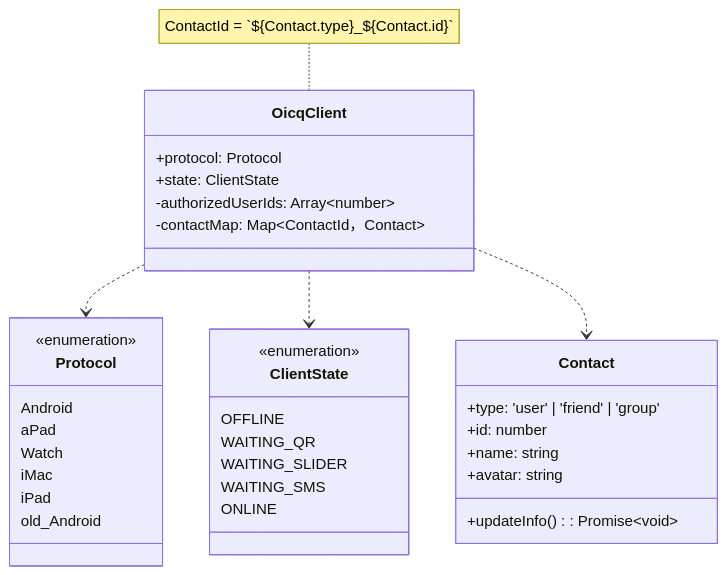
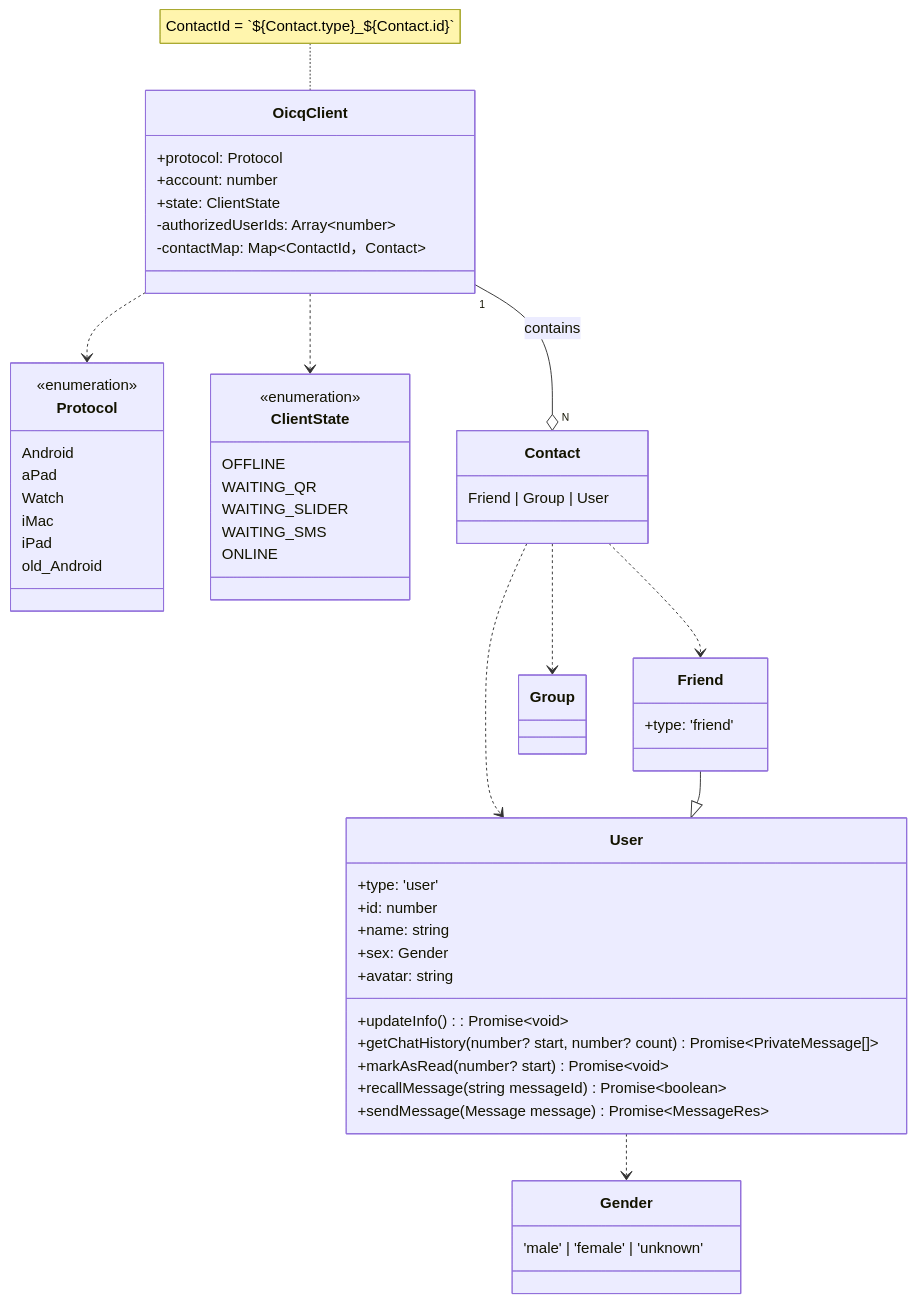
The first of 2 diagrams in wiki/System-Design.md (ParticleG/aerodyne-fastify), drawn with Mermaid before and after one commit.

Commit message:
- Update wiki

````diff
--- a/wiki/System-Design.md
+++ b/wiki/System-Design.md
@@ -5,38 +5,61 @@
 ```mermaid
 classDiagram
     OicqClient ..> Protocol
     OicqClient ..> ClientState
-    OicqClient ..> Contact
+    OicqClient "1" --o "N" Contact: contains
     note for OicqClient "ContactId = `${Contact.type}_${Contact.id}`"
     class OicqClient {
         +protocol: Protocol
+        +account: number
         +state: ClientState
         -authorizedUserIds: Array~number~
         -contactMap: Map~ContactId，Contact~
     }
     class Protocol {
         <<enumeration>>
         Android
         aPad
         Watch
         iMac
         iPad
         old_Android
     }
     class ClientState {
         <<enumeration>>
         OFFLINE
         WAITING_QR
         WAITING_SLIDER
         WAITING_SMS
         ONLINE
     }
-    
+
+    Contact ..> Friend
+    Contact ..> Group
+    Contact ..> User
     class Contact {
-        +type: 'user' | 'friend' | 'group'
+        Friend | Group | User
+    }
+
+    Friend --|> User
+    class Friend {
+        +type: 'friend'
+    }
+
+    User ..> Gender
+    class User {
+        +type: 'user'
         +id: number
         +name: string
+        +sex: Gender
         +avatar: string
         +updateInfo(): Promise~void~
+        +getChatHistory(number? start, number? count) Promise~PrivateMessage[]~
+        +markAsRead(number? start) Promise~void~
+        +recallMessage(string messageId) Promise~boolean~
+        +sendMessage(Message message) Promise~MessageRes~
+    }
+    
+    class Gender {
+        'male' | 'female' | 'unknown'
     }
 ```
````
